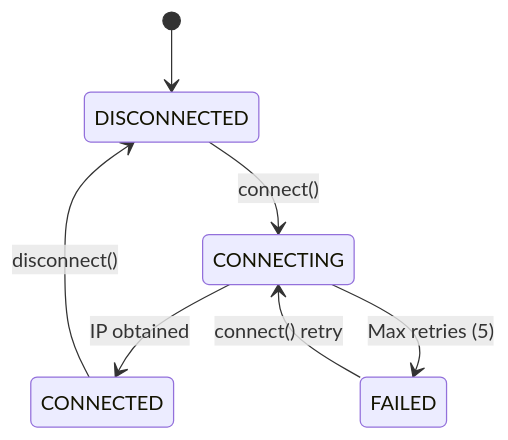
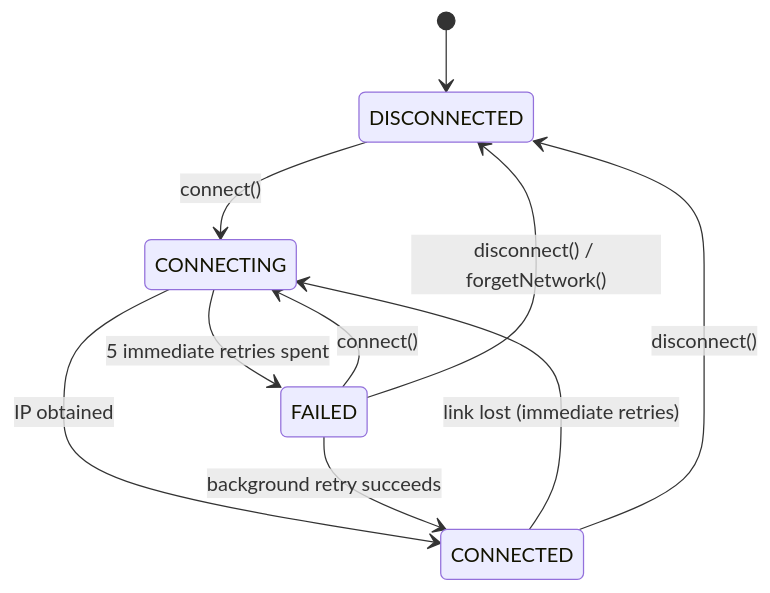
Before and after one commit to bazauto/esp-layout-controller: the first of 2 diagrams in docs/components/COMMUNICATION_LAYER.md, drawn with Mermaid. The commit also changed other lines of this file and 18 other files, not shown here.

````diff
--- a/docs/components/COMMUNICATION_LAYER.md
+++ b/docs/components/COMMUNICATION_LAYER.md
@@ -214,9 +214,12 @@
 ```mermaid
 stateDiagram-v2
     [*] --> DISCONNECTED
     DISCONNECTED --> CONNECTING : connect()
     CONNECTING --> CONNECTED : IP obtained
-    CONNECTING --> FAILED : Max retries (5)
+    CONNECTED --> CONNECTING : link lost (immediate retries)
+    CONNECTING --> FAILED : 5 immediate retries spent
+    FAILED --> CONNECTED : background retry succeeds
+    FAILED --> CONNECTING : connect()
     CONNECTED --> DISCONNECTED : disconnect()
-    FAILED --> CONNECTING : connect() retry
+    FAILED --> DISCONNECTED : disconnect() / forgetNetwork()
 ```
````
